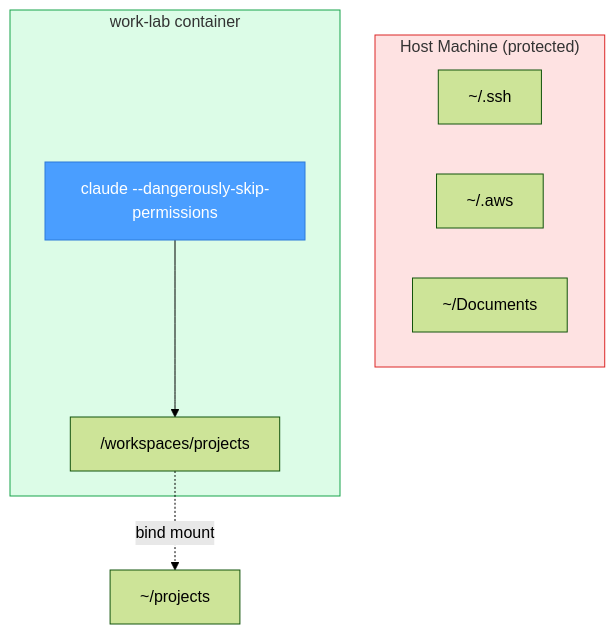
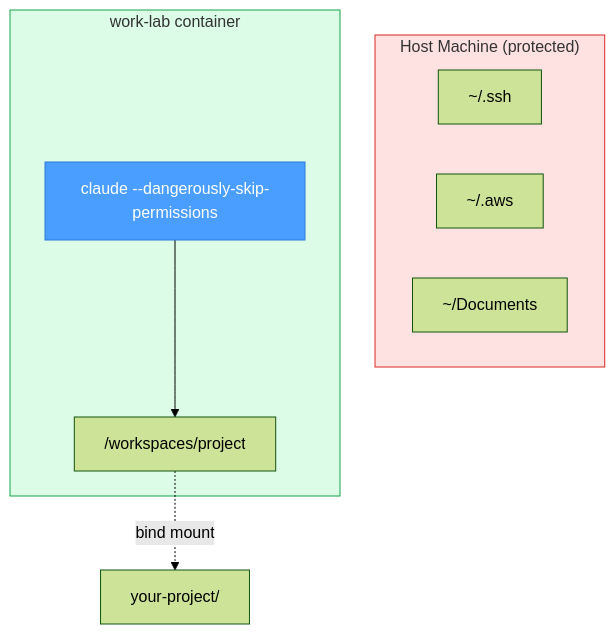
The third of 3 diagrams in README.md (modern-tooling/work-lab), drawn with Mermaid (forest theme) before and after one commit. The commit also changed other lines of this file and 4 other files, not shown here.

````diff
--- a/README.md
+++ b/README.md
@@ -289,18 +253,18 @@
 ```mermaid
 flowchart TB
     subgraph Host["Host Machine (protected)"]
         SSH["~/.ssh"]
         AWS["~/.aws"]
         Docs["~/Documents"]
     end
     subgraph Container["work-lab container"]
         Agent["claude --dangerously-skip-permissions"]
-        Projects["/workspaces/projects"]
+        Project["/workspaces/project"]
     end
-    HostProjects["~/projects"]
-    Agent --> Projects
-    Projects -.->|bind mount| HostProjects
+    HostProject["your-project/"]
+    Agent --> Project
+    Project -.->|bind mount| HostProject
     style Host fill:#fee2e2,stroke:#dc2626
     style Container fill:#dcfce7,stroke:#16a34a
     style Agent fill:#4a9eff,stroke:#2d7ad9,color:#fff
 ```
````
